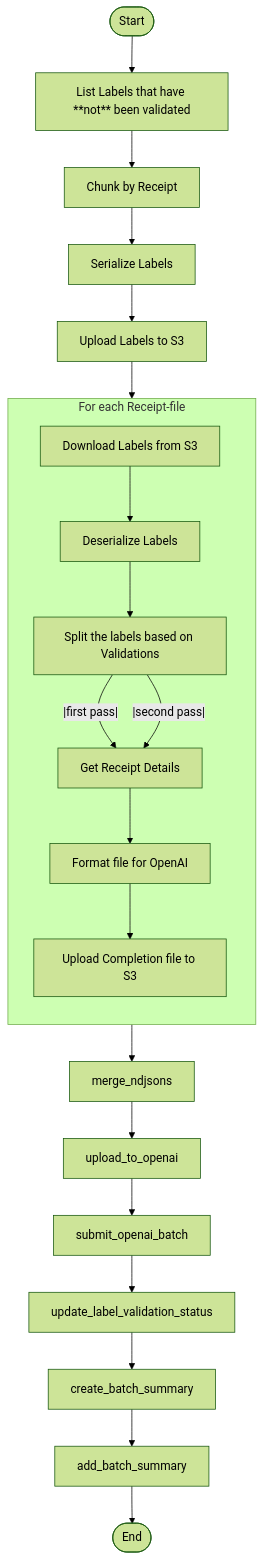
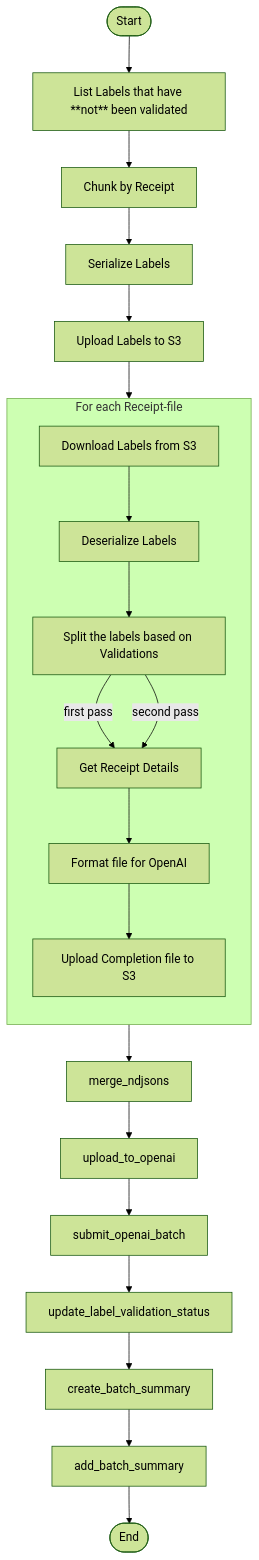
The diagram in receipt_label/receipt_label/submit_completion_batch/README.md (tnorlund/Portfolio), drawn with Mermaid (forest theme) before and after one commit.

````diff
--- a/receipt_label/receipt_label/submit_completion_batch/README.md
+++ b/receipt_label/receipt_label/submit_completion_batch/README.md
@@ -133,29 +133,29 @@
 ```mermaid
 flowchart TB
     %% ───────── Stage 1 : List Labels that need Validation ─────────
     Start([Start]) --> list_labels_that_need_validation["List Labels that have **not** been validated"]
     list_labels_that_need_validation --> chunk_into_completion_batches["Chunk by Receipt"]
     chunk_into_completion_batches --> serialize_labels["Serialize Labels"]
     serialize_labels --> upload_serialized_labels["Upload Labels to S3"]
     upload_serialized_labels --> PerReceiptMap
 
     %% ───────── Stage 2 : Format Completions ─────────
     subgraph PerReceiptMap["For each Receipt-file"]
         direction TB
         download_serialized_labels["Download Labels from S3"] --> deserialize_labels["Deserialize Labels"]
         deserialize_labels --> split_first_and_second_pass["Split the labels based on Validations"]
-        split_first_and_second_pass -- |first pass| --> get_receipt_details["Get Receipt Details"]
-        split_first_and_second_pass -- |second pass| --> get_receipt_details
+        split_first_and_second_pass -- first pass --> get_receipt_details["Get Receipt Details"]
+        split_first_and_second_pass -- second pass --> get_receipt_details
         get_receipt_details --> format_batch_completion_file["Format file for OpenAI"]
         format_batch_completion_file --> upload_completion_batch_file["Upload Completion file to S3"]
     end
 
     %% ───────── Stage 3 : Batch for OpenAI ─────────
     PerReceiptMap --> merge_ndjsons
     merge_ndjsons --> upload_to_openai
     upload_to_openai --> submit_openai_batch
     submit_openai_batch --> update_label_validation_status
     update_label_validation_status --> create_batch_summary
     create_batch_summary --> add_batch_summary
     add_batch_summary --> End([End])
 ```
````
